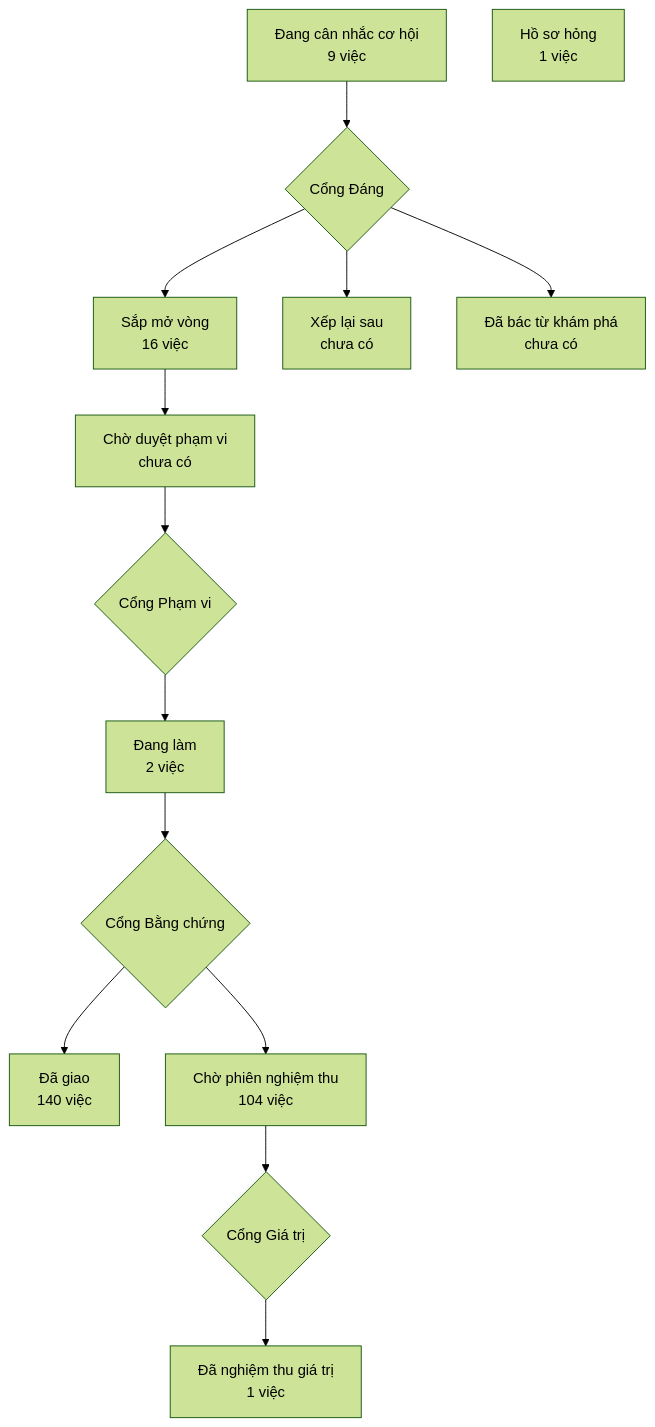
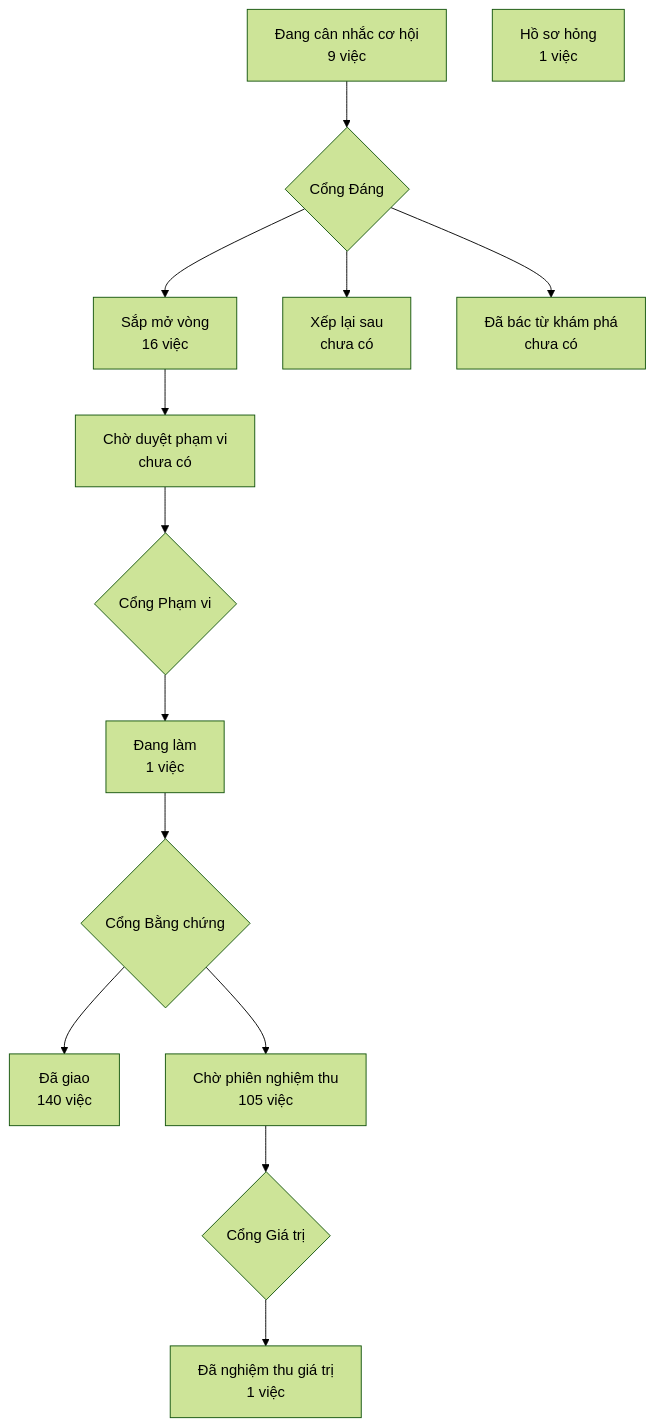
One commit to phanlemanh/crm-onehub changed the diagram in PRODUCT-MAP.md. Above: the diagram before and after it, drawn with Mermaid (forest theme). The commit also changed 4 other files, not shown here.

````diff
--- a/PRODUCT-MAP.md
+++ b/PRODUCT-MAP.md
@@ -7,13 +7,13 @@
 ```mermaid
 flowchart TD
   A["Đang cân nhắc cơ hội<br/>9 việc"] --> GD{"Cổng Đáng"}
   GD --> B["Sắp mở vòng<br/>16 việc"]
   GD --> XL["Xếp lại sau<br/>chưa có"]
   GD --> DB["Đã bác từ khám phá<br/>chưa có"]
   B --> CD["Chờ duyệt phạm vi<br/>chưa có"] --> GP{"Cổng Phạm vi"}
-  GP --> DL["Đang làm<br/>2 việc"] --> GB{"Cổng Bằng chứng"}
+  GP --> DL["Đang làm<br/>1 việc"] --> GB{"Cổng Bằng chứng"}
   GB --> DG["Đã giao<br/>140 việc"]
-  GB --> CN["Chờ phiên nghiệm thu<br/>104 việc"] --> GG{"Cổng Giá trị"}
+  GB --> CN["Chờ phiên nghiệm thu<br/>105 việc"] --> GG{"Cổng Giá trị"}
   GG --> NT["Đã nghiệm thu giá trị<br/>1 việc"]
   HS["Hồ sơ hỏng<br/>1 việc"]
 ```
````
